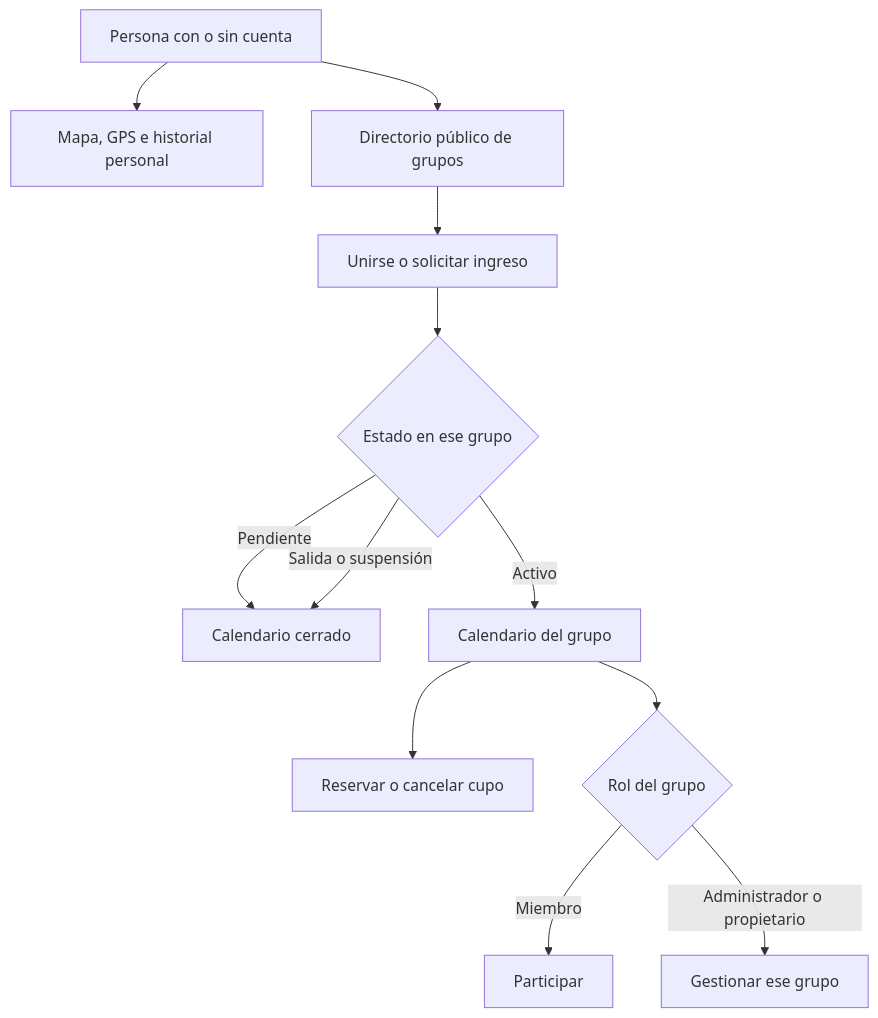
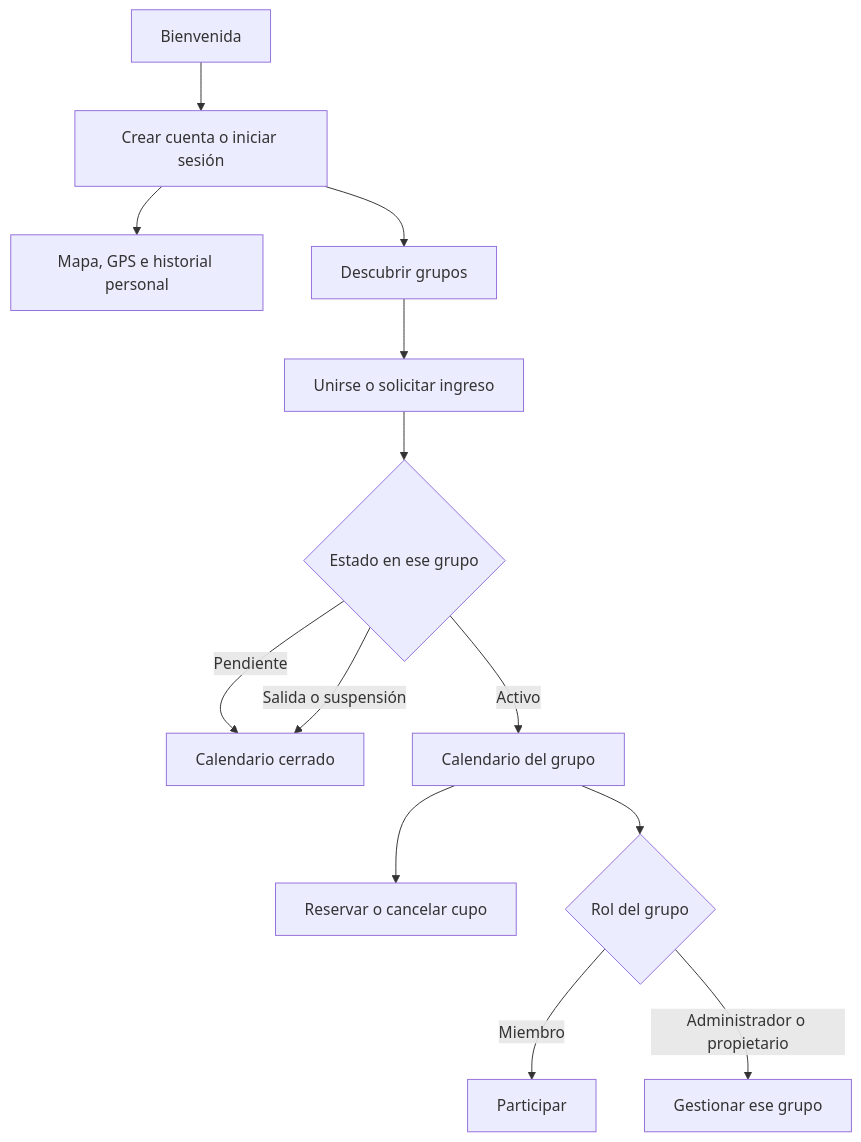
Before and after one commit to msalinasdiaz/RollersMaps-: the diagram in docs/MANUAL-1.4.0.md, drawn with Mermaid. The commit also changed other lines of this file and 21 other files, not shown here.

````diff
--- a/docs/MANUAL-1.4.0.md
+++ b/docs/MANUAL-1.4.0.md
@@ -74,14 +81,15 @@
 ```mermaid
 flowchart TD
-    U[Persona con o sin cuenta] --> P[Mapa, GPS e historial personal]
-    U --> D[Directorio público de grupos]
+    W[Bienvenida] --> U[Crear cuenta o iniciar sesión]
+    U --> P[Mapa, GPS e historial personal]
+    U --> D[Descubrir grupos]
     D --> S[Unirse o solicitar ingreso]
     S --> E{Estado en ese grupo}
     E -->|Pendiente| X[Calendario cerrado]
     E -->|Activo| C[Calendario del grupo]
     C --> R[Reservar o cancelar cupo]
     E -->|Salida o suspensión| X
     C --> A{Rol del grupo}
     A -->|Miembro| L[Participar]
     A -->|Administrador o propietario| G[Gestionar ese grupo]
 ```
````
